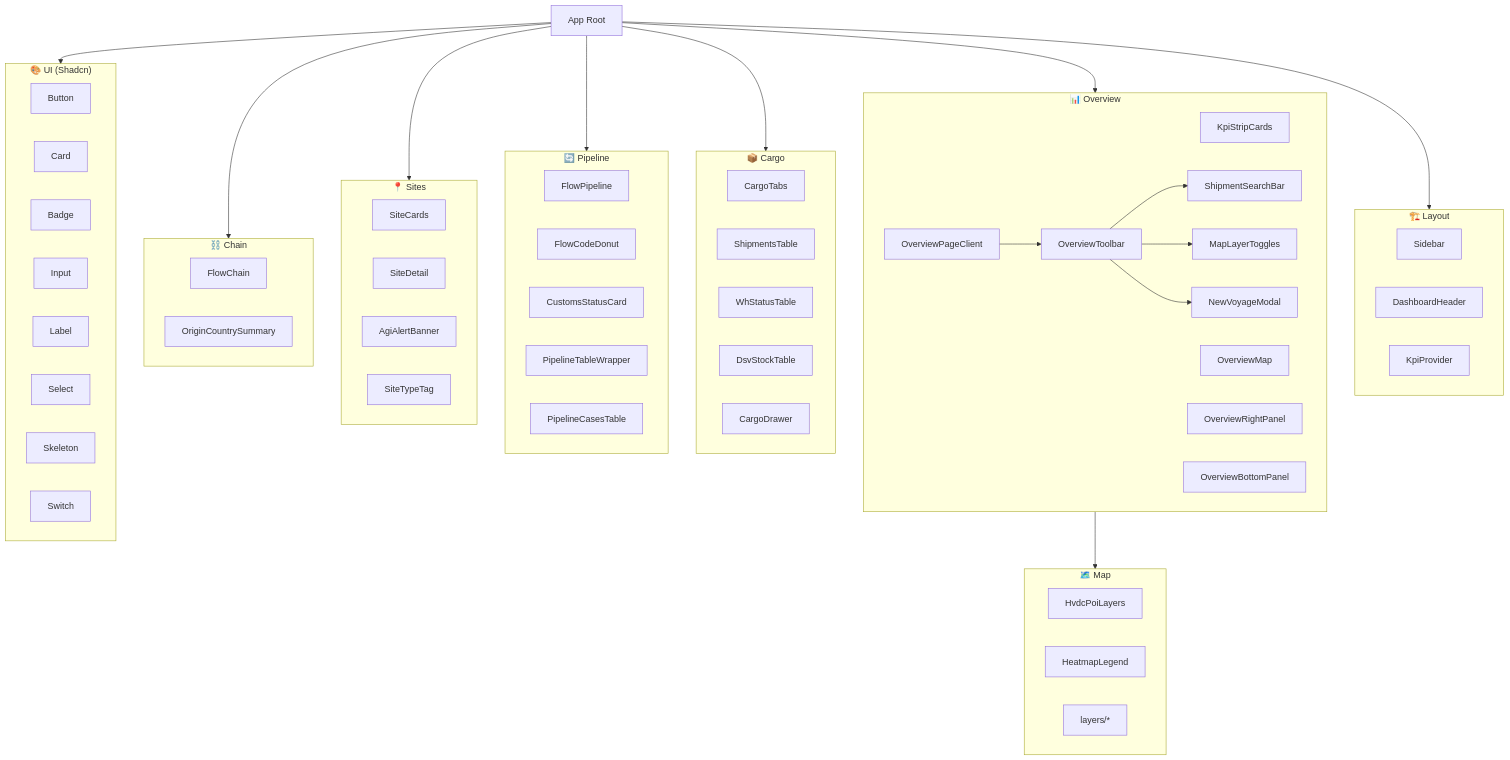
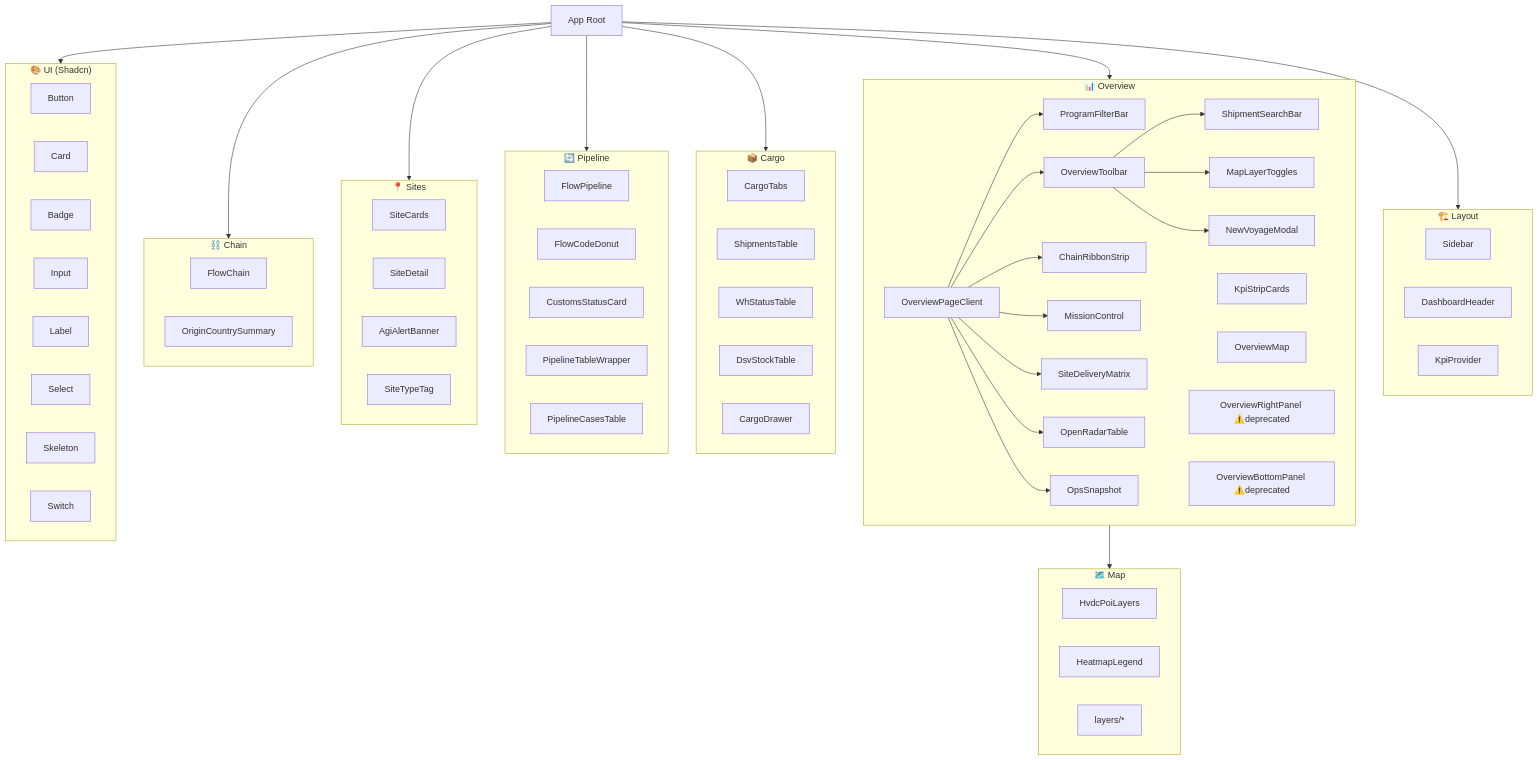
Before and after one commit to macho715/logi_hvdc_dash: the first of 33 diagrams in apps/logistics-dashboard/docs/COMPONENTS.md, drawn with Mermaid. The commit also changed other lines of this file and 4 other files, not shown here.

```diff
--- a/apps/logistics-dashboard/docs/COMPONENTS.md
+++ b/apps/logistics-dashboard/docs/COMPONENTS.md
@@ -65,15 +91,21 @@
     end
 
     subgraph Overview["📊 Overview"]
+        OverviewPageClient["OverviewPageClient"]
+        ProgramFilterBar["ProgramFilterBar"]
         KpiStripCards["KpiStripCards"]
+        ChainRibbonStrip["ChainRibbonStrip"]
         OverviewMap["OverviewMap"]
-        OverviewRightPanel["OverviewRightPanel"]
-        OverviewBottomPanel["OverviewBottomPanel"]
-        OverviewPageClient["OverviewPageClient"]
+        MissionControl["MissionControl"]
+        SiteDeliveryMatrix["SiteDeliveryMatrix"]
+        OpenRadarTable["OpenRadarTable"]
+        OpsSnapshot["OpsSnapshot"]
         OverviewToolbar["OverviewToolbar"]
         ShipmentSearchBar["ShipmentSearchBar"]
         MapLayerToggles["MapLayerToggles"]
         NewVoyageModal["NewVoyageModal"]
+        OverviewRightPanel["OverviewRightPanel ⚠️deprecated"]
+        OverviewBottomPanel["OverviewBottomPanel ⚠️deprecated"]
     end
 
     subgraph MapComponents["🗺️ Map"]
@@ -129,7 +161,13 @@
     App --> Chain
     Overview --> MapComponents
     App --> UI
+    OverviewPageClient --> ProgramFilterBar
     OverviewPageClient --> OverviewToolbar
+    OverviewPageClient --> ChainRibbonStrip
+    OverviewPageClient --> MissionControl
+    OverviewPageClient --> SiteDeliveryMatrix
+    OverviewPageClient --> OpenRadarTable
+    OverviewPageClient --> OpsSnapshot
     OverviewToolbar --> ShipmentSearchBar
     OverviewToolbar --> MapLayerToggles
     OverviewToolbar --> NewVoyageModal
```
